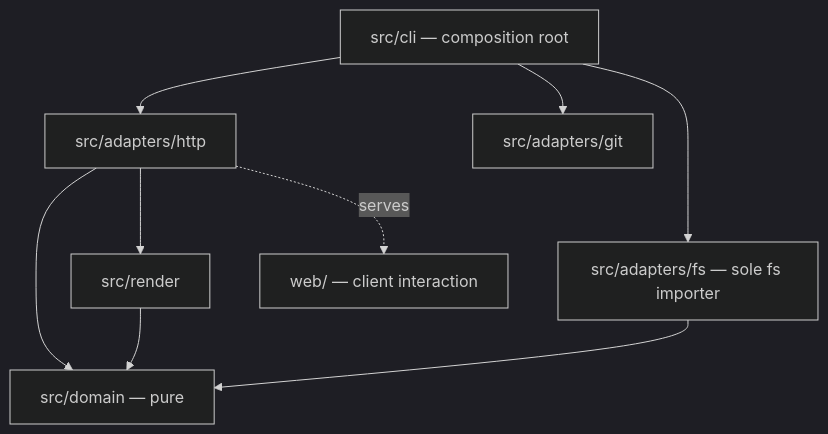
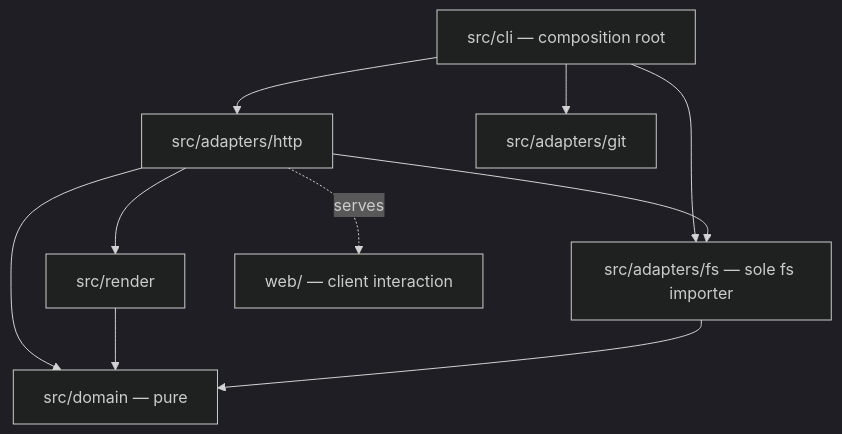
Before and after one commit to majjie/bmad-dash: the first of 2 diagrams in _bmad-output/planning-artifacts/architecture/architecture-bmad-2026-08-28/ARCHITECTURE-SPINE.md, drawn with Mermaid (dark theme). The commit also changed other lines of this file and 6 other files, not shown here.

First line of the commit message:
test: make the architecture gate cover what it claims to cover

````diff
--- a/_bmad-output/planning-artifacts/architecture/architecture-bmad-2026-08-28/ARCHITECTURE-SPINE.md
+++ b/_bmad-output/planning-artifacts/architecture/architecture-bmad-2026-08-28/ARCHITECTURE-SPINE.md
@@ -37,19 +37,20 @@
 ```mermaid
 graph TD
   CLI["src/cli — composition root"]
   HTTP["src/adapters/http"]
   RENDER["src/render"]
   DOMAIN["src/domain — pure"]
   FS["src/adapters/fs — sole fs importer"]
   GIT["src/adapters/git"]
   WEB["web/ — client interaction"]
 
   CLI --> HTTP
   CLI --> FS
   CLI --> GIT
   HTTP --> RENDER
   HTTP --> DOMAIN
+  HTTP --> FS
   RENDER --> DOMAIN
   FS --> DOMAIN
   HTTP -. serves .-> WEB
 ```
````
